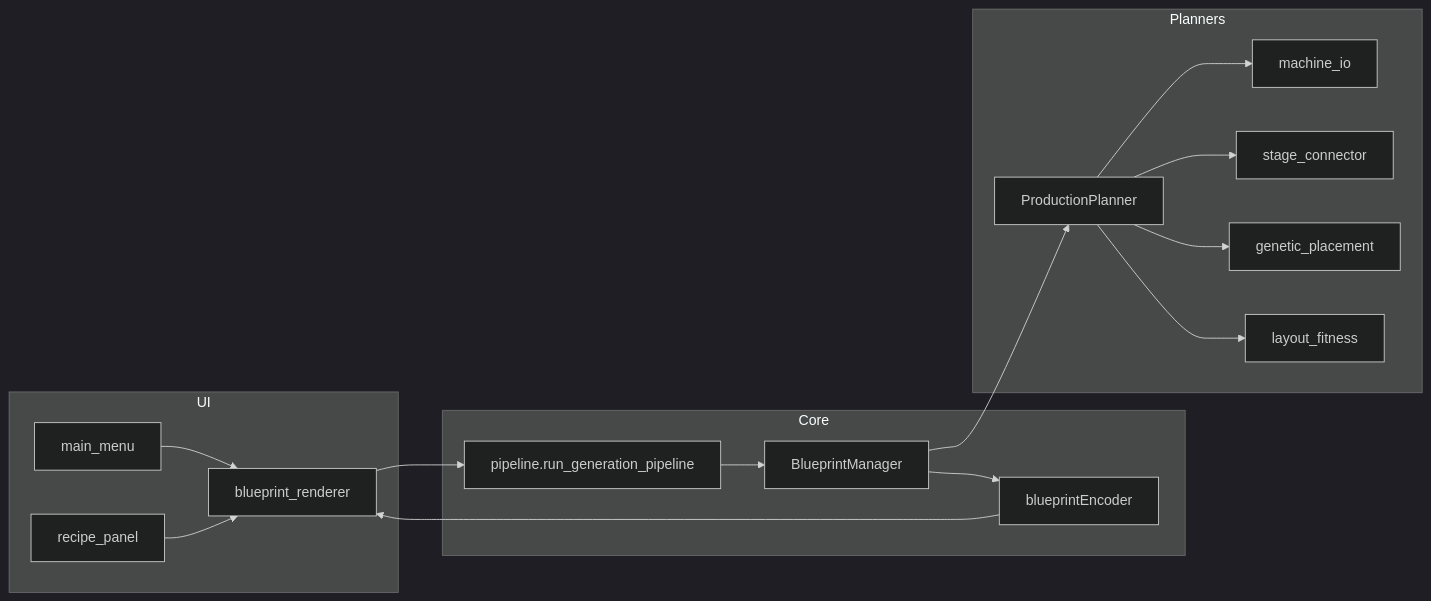
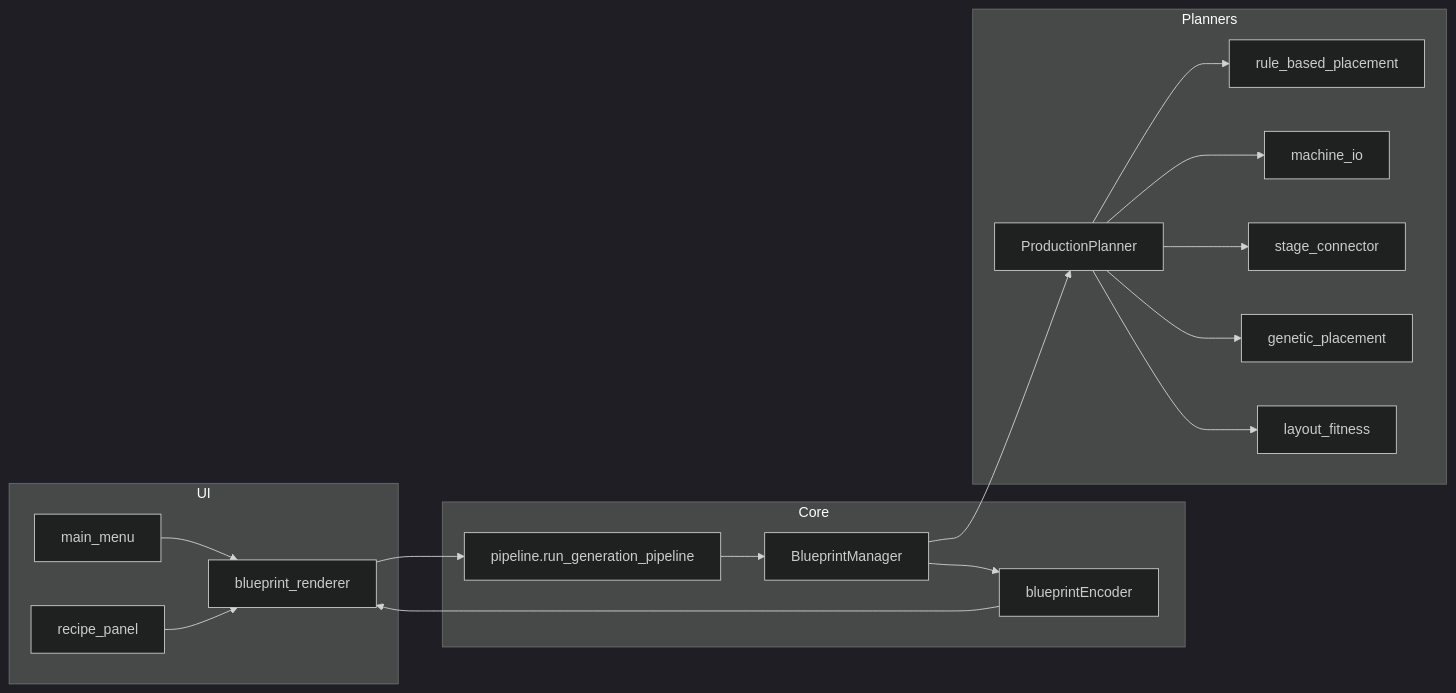
One commit to Arun-g03/FactorioGenerator changed the diagram in docs/architecture.md. Above: the diagram before and after it, drawn with Mermaid (dark theme). The commit also changed other lines of this file and 42 other files, not shown here.

````diff
--- a/docs/architecture.md
+++ b/docs/architecture.md
@@ -5,31 +5,33 @@
 ```mermaid
 flowchart LR
     subgraph UI
         MM[main_menu]
         RP[recipe_panel]
         BR[blueprint_renderer]
     end
     subgraph Core
         PL[pipeline.run_generation_pipeline]
         BM[BlueprintManager]
         ENC[blueprintEncoder]
     end
     subgraph Planners
         PP[ProductionPlanner]
+        RB[rule_based_placement]
         IO[machine_io]
         SC[stage_connector]
         GP[genetic_placement]
         LF[layout_fitness]
     end
     MM --> BR
     RP --> BR
     BR --> PL
     PL --> BM
     BM --> PP
+    PP --> RB
     PP --> IO
     PP --> SC
     PP --> GP
     PP --> LF
     BM --> ENC
     ENC --> BR
 ```
````
